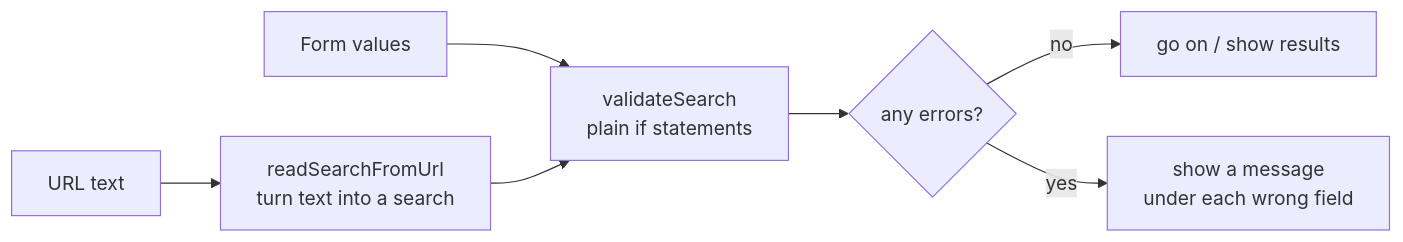
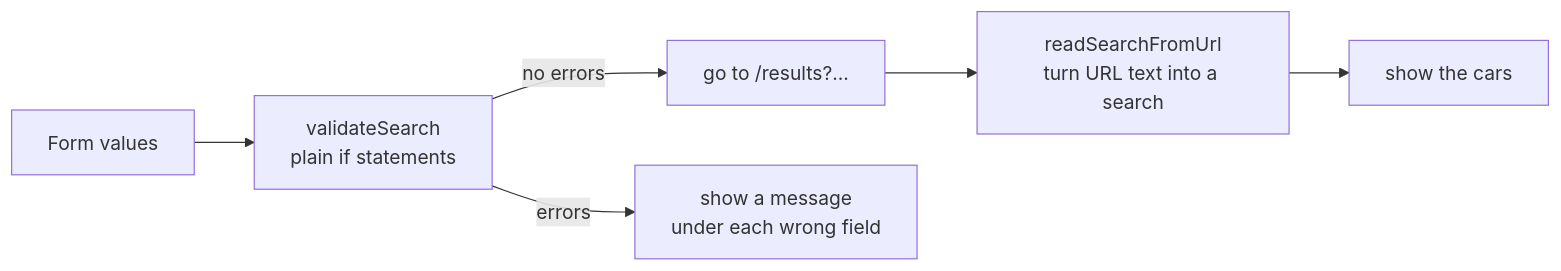
The diagram in day-11.md (pratulsharma/intercitytaxicab), drawn with Mermaid before and after one commit. The commit also changed other lines of this file and 7 other files, not shown here.

````diff
--- a/day-11.md
+++ b/day-11.md
@@ -27,8 +27,7 @@
 ```mermaid
 flowchart LR
   F[Form values] --> V[validateSearch<br/>plain if statements]
-  U[URL text] --> R[readSearchFromUrl<br/>turn text into a search] --> V
-  V --> Q{any errors?}
-  Q -->|no| OK[go on / show results]
-  Q -->|yes| M[show a message<br/>under each wrong field]
+  V -->|no errors| P[go to /results?...]
+  V -->|errors| M[show a message<br/>under each wrong field]
+  P --> R[readSearchFromUrl<br/>turn URL text into a search] --> C[show the cars]
 ```
````
